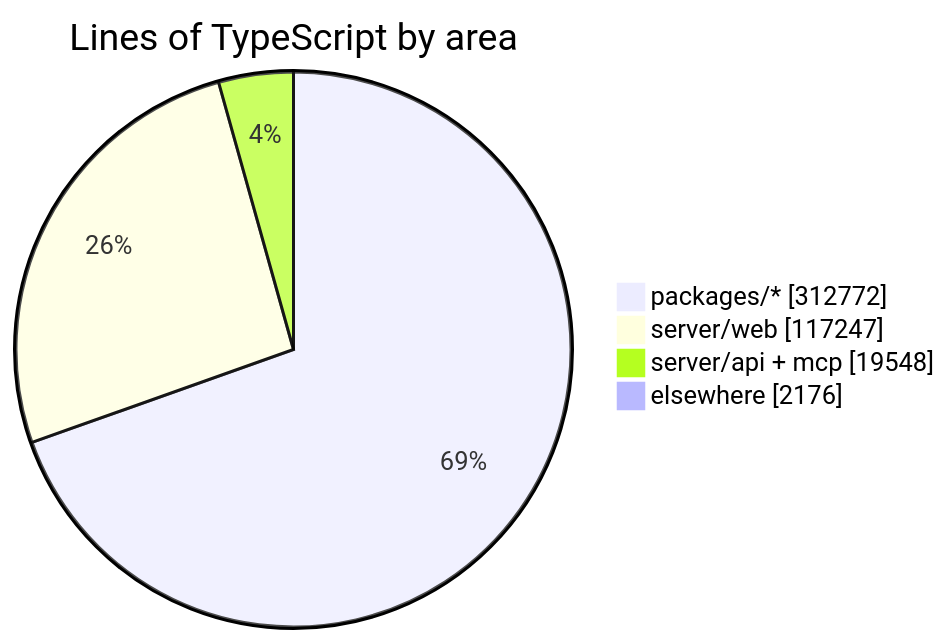
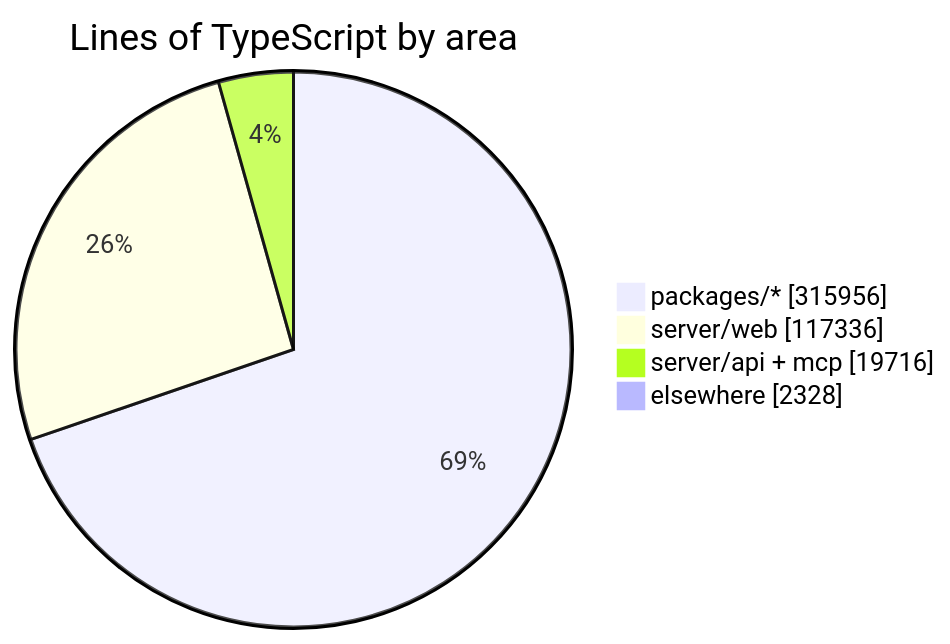
Before and after one commit to crossworks-engineering/mantle: the diagram in README.md, drawn with Mermaid. The commit also changed other lines of this file and 2 other files, not shown here.

````diff
--- a/README.md
+++ b/README.md
@@ -294,7 +294,7 @@
 ```mermaid
 pie showData title Lines of TypeScript by area
-    "packages/*" : 312772
-    "server/web" : 117247
-    "server/api + mcp" : 19548
-    "elsewhere" : 2176
+    "packages/*" : 315956
+    "server/web" : 117336
+    "server/api + mcp" : 19716
+    "elsewhere" : 2328
 ```
````
